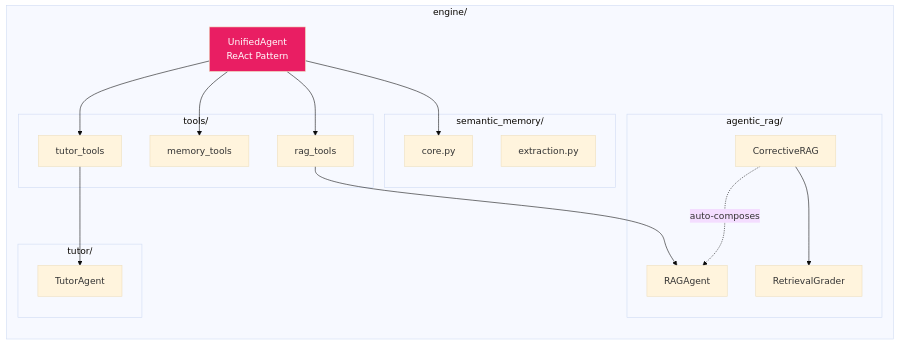
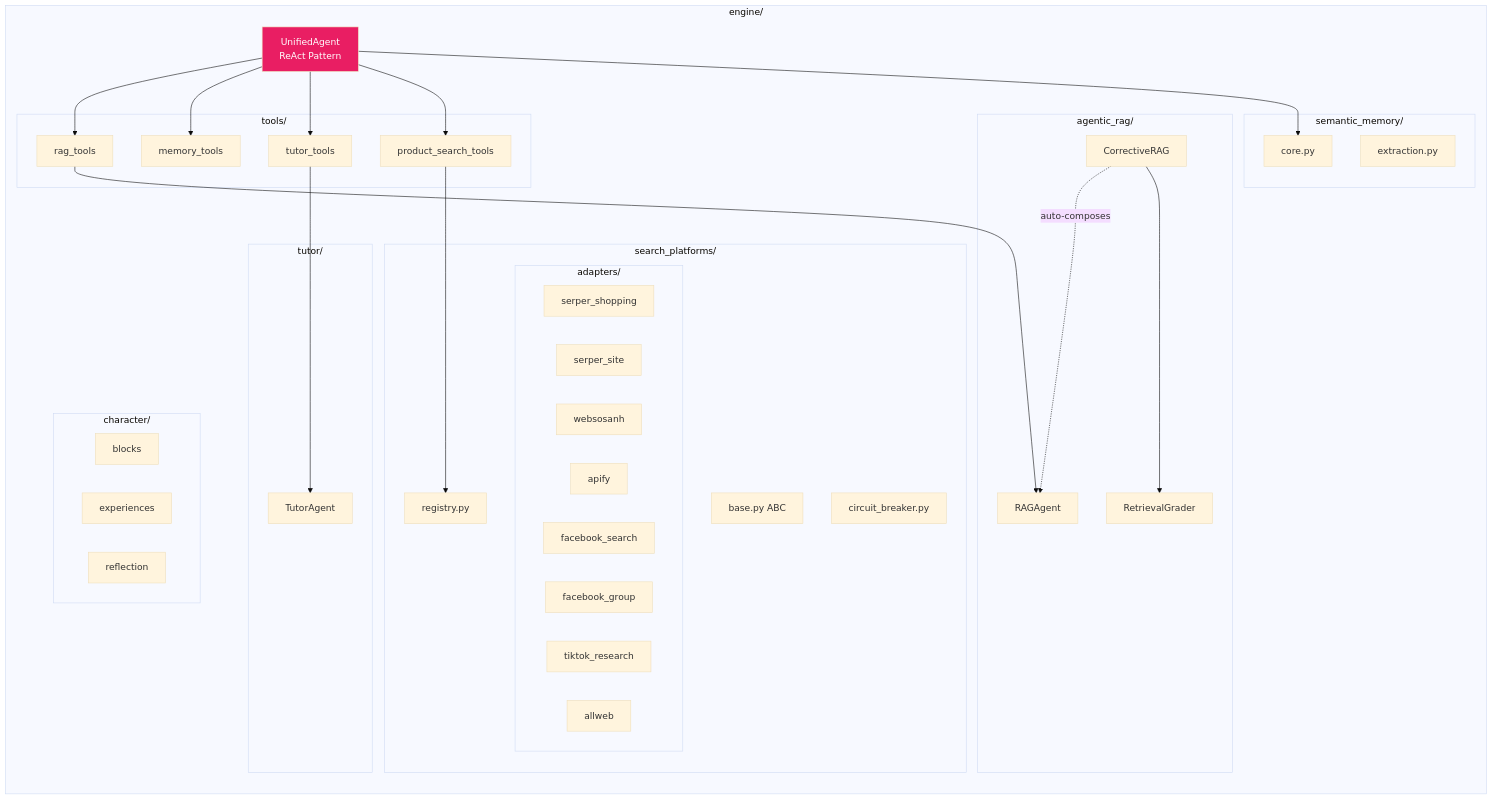
The third of 12 diagrams in maritime-ai-service/docs/architecture/FOLDER_MAP.md (meiiie/wiii), drawn with Mermaid (base theme) before and after one commit. The commit also changed other lines of this file and 175 other files, not shown here.

````diff
--- a/maritime-ai-service/docs/architecture/FOLDER_MAP.md
+++ b/maritime-ai-service/docs/architecture/FOLDER_MAP.md
@@ -99,38 +118,63 @@
 ```mermaid
 graph LR
     subgraph "engine/"
         UA[UnifiedAgent<br/>ReAct Pattern]
-        
+
         subgraph "agentic_rag/"
             RA[RAGAgent]
             CRAG[CorrectiveRAG]
             RG[RetrievalGrader]
         end
-        
+
         subgraph "tools/"
             RT[rag_tools]
             MT[memory_tools]
             TT[tutor_tools]
+            PST[product_search_tools]
         end
-        
+
         subgraph "semantic_memory/"
             SMC[core.py]
             SME[extraction.py]
         end
-        
+
         subgraph "tutor/"
             TA[TutorAgent]
         end
+
+        subgraph "search_platforms/"
+            SPB[base.py ABC]
+            SPR[registry.py]
+            SPCB[circuit_breaker.py]
+            subgraph "adapters/"
+                SPS[serper_shopping]
+                SPSS[serper_site]
+                SPW[websosanh]
+                SPA[apify]
+                SPFB[facebook_search]
+                SPFG[facebook_group]
+                SPTK[tiktok_research]
+                SPAW[allweb]
+            end
+        end
+
+        subgraph "character/"
+            CHB[blocks]
+            CHE[experiences]
+            CHR[reflection]
+        end
     end
-    
+
     UA --> RT
     UA --> MT
     UA --> TT
+    UA --> PST
     TT --> TA
     RT --> RA
     CRAG -.->|auto-composes| RA
     CRAG --> RG
     UA --> SMC
-    
+    PST --> SPR
+
     style UA fill:#E91E63,color:white
 ```
````
